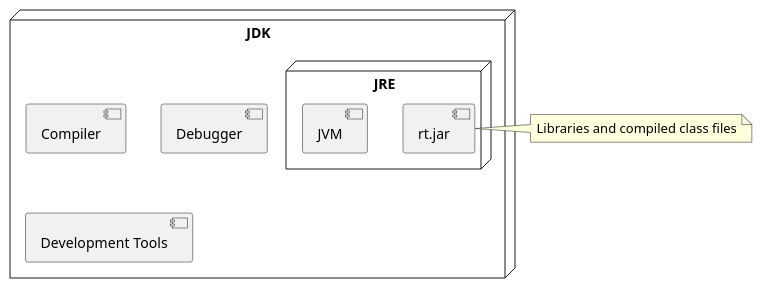
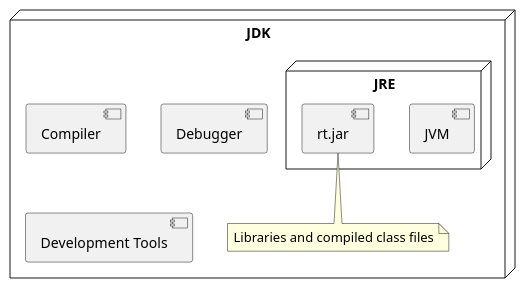
Before and after one commit to windowforsun/blog: the diagram in plantuml/java/concept-jvm-3.plantuml, drawn with PlantUML. The commit also changed 4 other files, not shown here.

```diff
--- a/plantuml/java/concept-jvm-3.plantuml
+++ b/plantuml/java/concept-jvm-3.plantuml
@@ -1,18 +1,19 @@
 @startuml
 
 node JDK {
 	node JRE {
 		[JVM]
 		[rt.jar]
 	}
 
 	[Compiler]
 	[Debugger]
 	[Development Tools]
+
+	note bottom of [rt.jar]
+		Libraries and compiled class files
+	end note
 }
 
-note right of [rt.jar]
-	Libraries and compiled class files
-end note
 
 @enduml
```
